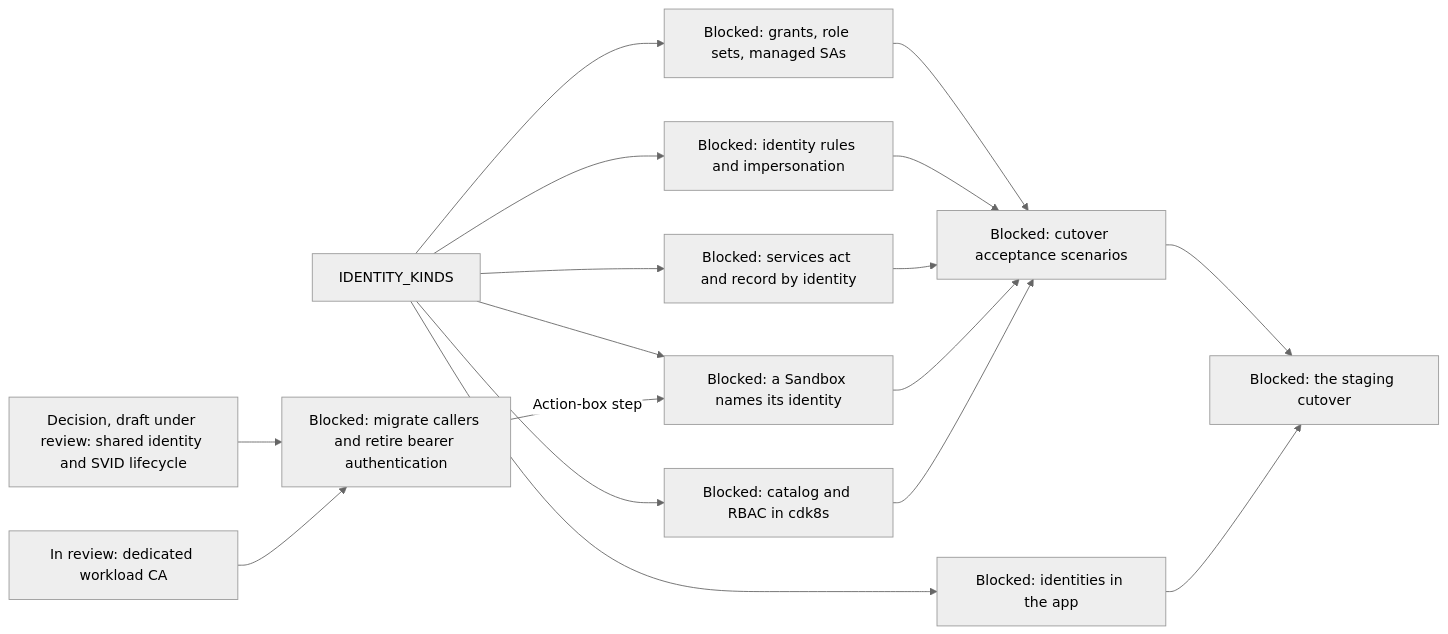
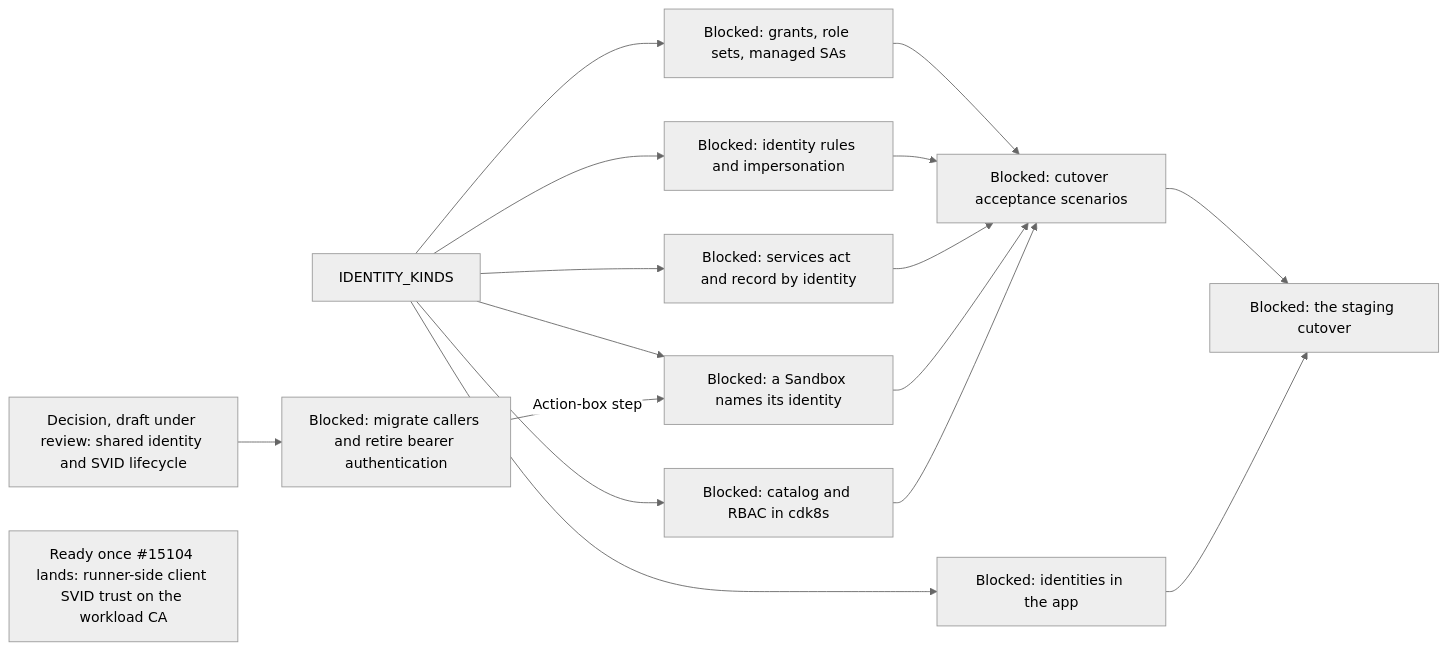
Diagram 17 of 19 in agentplane/plans/task_dag.md (agentydragon/ducktape), drawn with Mermaid (neutral theme) before and after one commit. The commit also changed other lines of this file, not shown here.

First line of the commit message:
agentplane/plans: track runner-side client SVID trust on the workload CA

````diff
--- a/agentplane/plans/task_dag.md
+++ b/agentplane/plans/task_dag.md
@@ -3038,19 +3038,19 @@
 ```mermaid
 flowchart LR
     IDENTITY_KINDS --> POLICY_GRANTS[Blocked: grants, role sets, managed SAs]
     IDENTITY_KINDS --> EGRESS_IDENTITY_RULES[Blocked: identity rules and impersonation]
     IDENTITY_KINDS --> SERVICES_IDENTITY_PRINCIPAL[Blocked: services act and record by identity]
     IDENTITY_KINDS --> SANDBOX_IDENTITY_SPEC[Blocked: a Sandbox names its identity]
     IDENTITY_KINDS --> IDENTITY_CATALOG[Blocked: catalog and RBAC in cdk8s]
     IDENTITY_KINDS --> APP_IDENTITIES_UI[Blocked: identities in the app]
     WORKLOAD_IDENTITY_LIFECYCLE_DESIGN[Decision, draft under review: shared identity and SVID lifecycle] --> WORKLOAD_AUTH_CUTOVER[Blocked: migrate callers and retire bearer authentication]
     WORKLOAD_AUTH_CUTOVER -->|Action-box step| SANDBOX_IDENTITY_SPEC
-    WORKLOAD_CA[In review: dedicated workload CA] --> WORKLOAD_AUTH_CUTOVER
+    WORKLOAD_CA_CLIENT_TRUST[Ready once #15104 lands: runner-side client SVID trust on the workload CA]
     POLICY_GRANTS --> IDENTITY_SYSTEM_TESTS[Blocked: cutover acceptance scenarios]
     EGRESS_IDENTITY_RULES --> IDENTITY_SYSTEM_TESTS
     SERVICES_IDENTITY_PRINCIPAL --> IDENTITY_SYSTEM_TESTS
     SANDBOX_IDENTITY_SPEC --> IDENTITY_SYSTEM_TESTS
     IDENTITY_CATALOG --> IDENTITY_SYSTEM_TESTS
     IDENTITY_SYSTEM_TESTS --> IDENTITY_CUTOVER[Blocked: the staging cutover]
     APP_IDENTITIES_UI --> IDENTITY_CUTOVER
 ```
````
